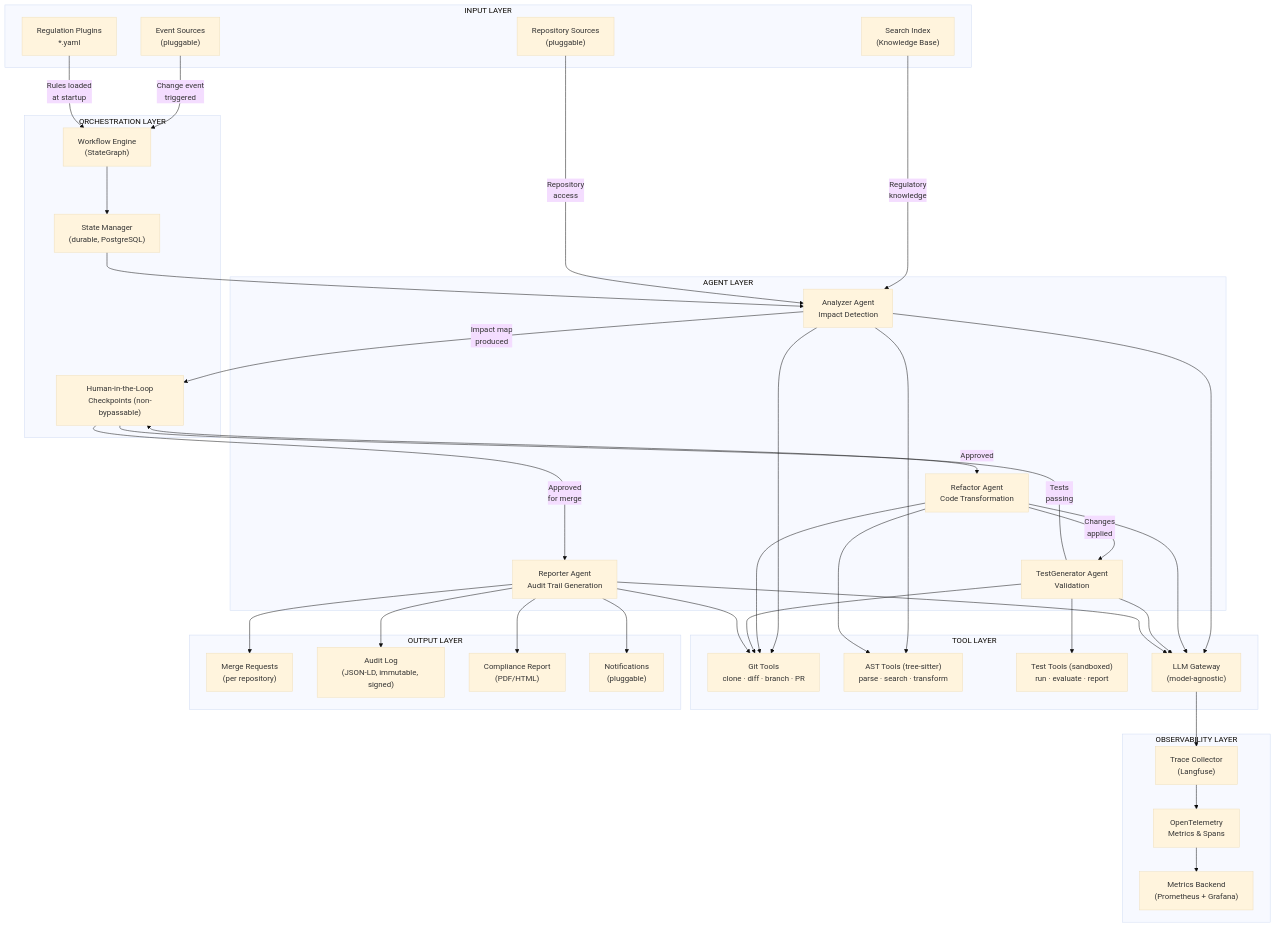
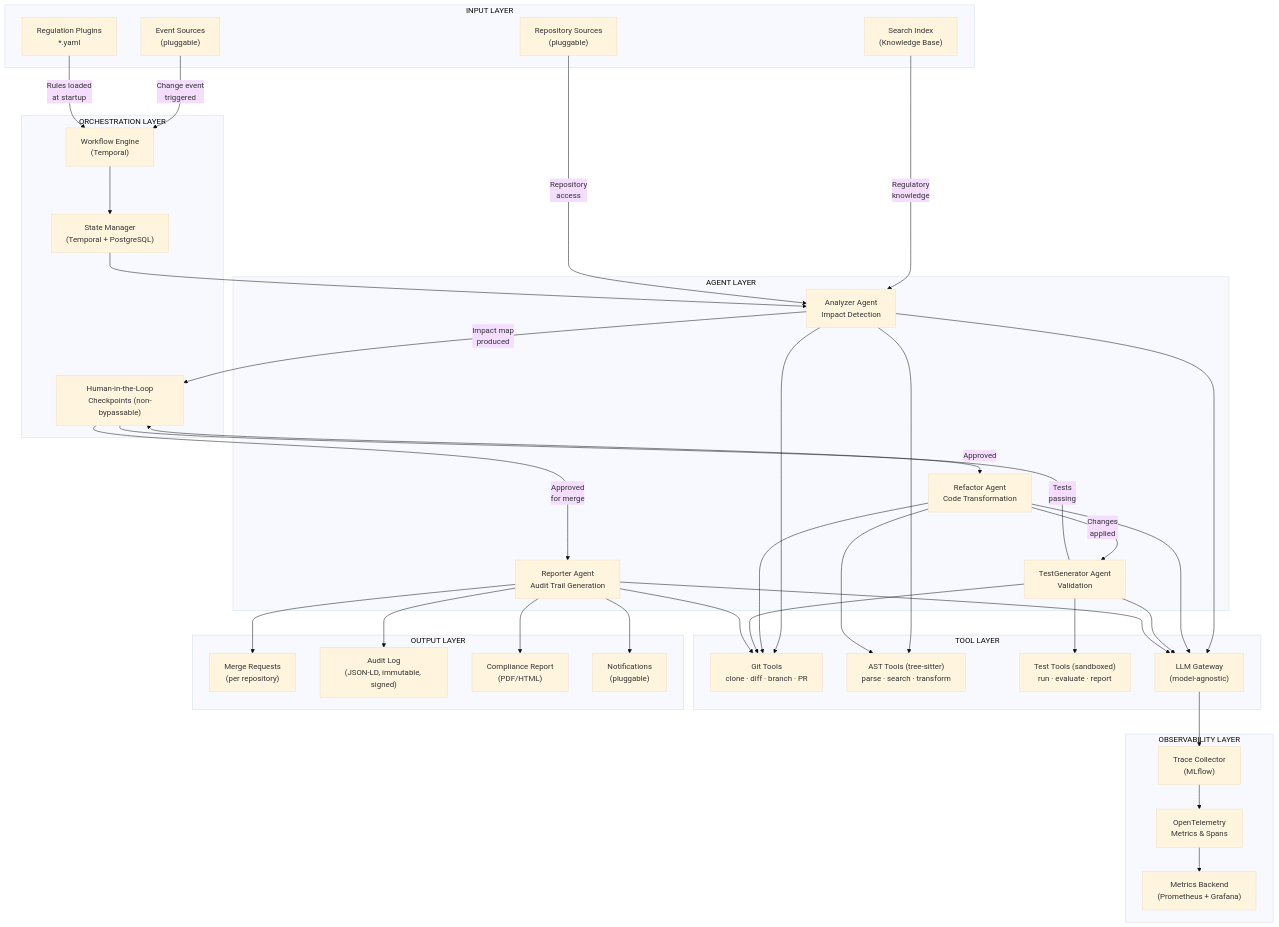
Before and after one commit to gallindo/regulatory-agent-kit: the first of 2 diagrams in docs/architecture.md, drawn with Mermaid (base theme). The commit also changed other lines of this file and 13 other files, not shown here.

````diff
--- a/docs/architecture.md
+++ b/docs/architecture.md
@@ -44,77 +44,77 @@
 ```mermaid
 graph TB
     subgraph INPUT["INPUT LAYER"]
         ES_SRC["Event Sources\n(pluggable)"]
         ES["Search Index\n(Knowledge Base)"]
         RS["Repository Sources\n(pluggable)"]
         YAML["Regulation Plugins\n*.yaml"]
     end
 
     subgraph ORCHESTRATION["ORCHESTRATION LAYER"]
-        WF["Workflow Engine\n(StateGraph)"]
-        SM["State Manager\n(durable, PostgreSQL)"]
+        WF["Workflow Engine\n(Temporal)"]
+        SM["State Manager\n(Temporal + PostgreSQL)"]
         HiL["Human-in-the-Loop\nCheckpoints (non-bypassable)"]
     end
 
     subgraph AGENTS["AGENT LAYER"]
         AA["Analyzer Agent\nImpact Detection"]
         RA["Refactor Agent\nCode Transformation"]
         TG["TestGenerator Agent\nValidation"]
         RP["Reporter Agent\nAudit Trail Generation"]
     end
 
     subgraph TOOLS["TOOL LAYER"]
         GIT["Git Tools\nclone · diff · branch · PR"]
         AST["AST Tools (tree-sitter)\nparse · search · transform"]
         TEST["Test Tools (sandboxed)\nrun · evaluate · report"]
         LLM["LLM Gateway\n(model-agnostic)"]
     end
 
     subgraph OBSERVABILITY["OBSERVABILITY LAYER"]
-        LF["Trace Collector\n(Langfuse)"]
+        LF["Trace Collector\n(MLflow)"]
         OTEL["OpenTelemetry\nMetrics & Spans"]
         PROM["Metrics Backend\n(Prometheus + Grafana)"]
     end
 
     subgraph OUTPUT["OUTPUT LAYER"]
         MR["Merge Requests\n(per repository)"]
         AL["Audit Log\n(JSON-LD, immutable, signed)"]
         REP["Compliance Report\n(PDF/HTML)"]
         NOTIF["Notifications\n(pluggable)"]
     end
 
     ES_SRC -->|"Change event\ntriggered"| WF
     YAML -->|"Rules loaded\nat startup"| WF
     ES -->|"Regulatory\nknowledge"| AA
     RS -->|"Repository\naccess"| AA
 
     WF --> SM
     SM --> AA
     AA -->|"Impact map\nproduced"| HiL
     HiL -->|"Approved"| RA
     RA -->|"Changes\napplied"| TG
     TG -->|"Tests\npassing"| HiL
     HiL -->|"Approved\nfor merge"| RP
 
     AA --> LLM
     RA --> LLM
     TG --> LLM
     RP --> LLM
 
     AA --> GIT
     AA --> AST
     RA --> GIT
     RA --> AST
     TG --> TEST
     TG --> GIT
     RP --> GIT
 
     LLM --> LF
     LF --> OTEL
     OTEL --> PROM
 
     RP --> MR
     RP --> AL
     RP --> REP
     RP --> NOTIF
 ```
````
